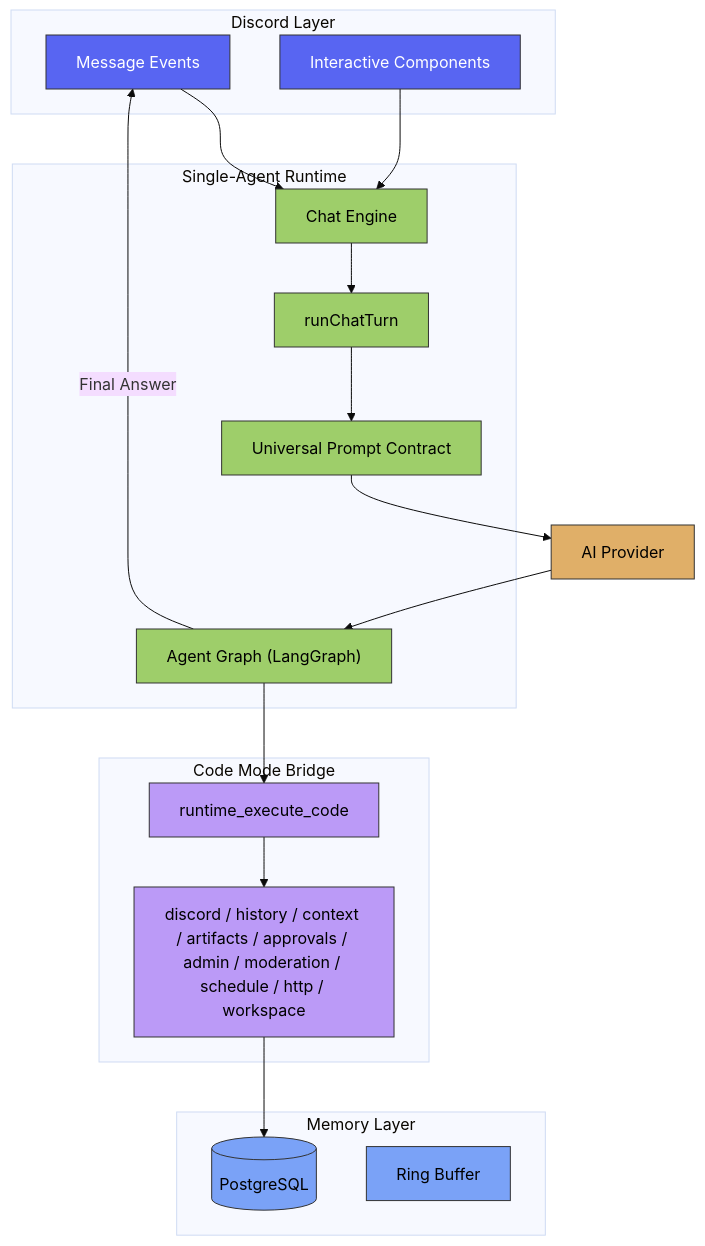
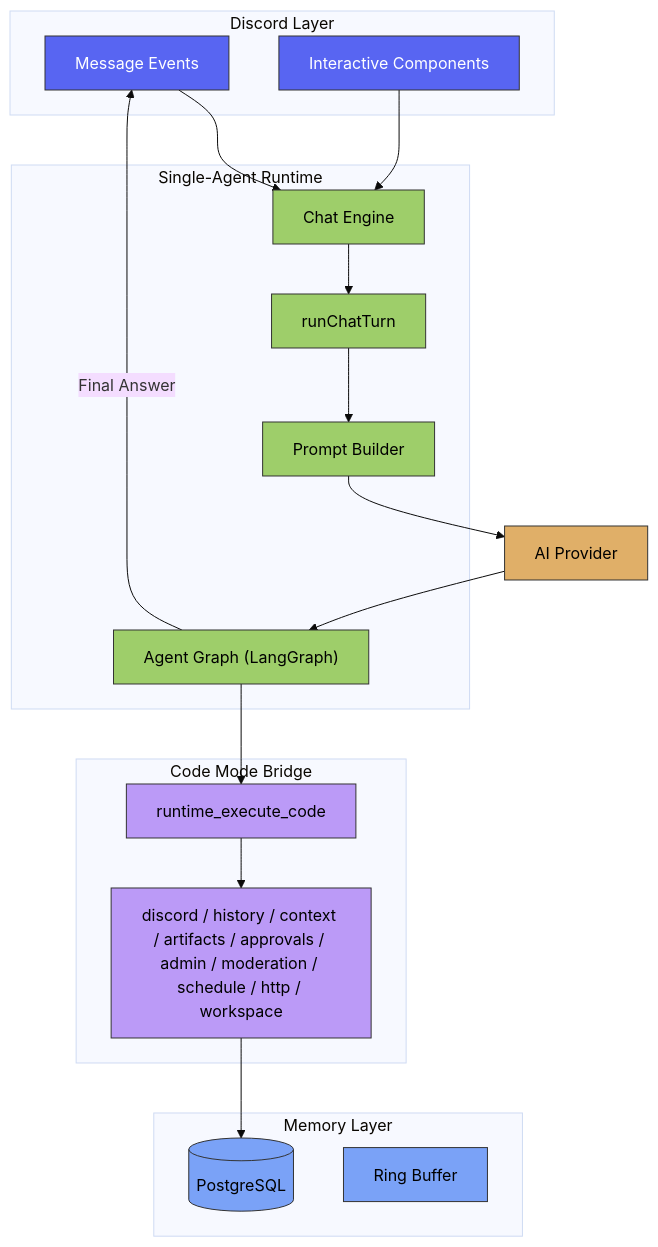
The first of 2 diagrams in docs/architecture/OVERVIEW.md (BokX1/Sage), drawn with Mermaid (base theme) before and after one commit. The commit also changed other lines of this file and 16 other files, not shown here.

Commit message:
feat: hard-cut Sage prompt architecture

````diff
--- a/docs/architecture/OVERVIEW.md
+++ b/docs/architecture/OVERVIEW.md
@@ -42,38 +42,38 @@
 ```mermaid
 flowchart TD
     classDef discord fill:#5865f2,stroke:#333,color:white
     classDef runtime fill:#9ECE6A,stroke:#333,color:black
     classDef memory fill:#7AA2F7,stroke:#333,color:black
     classDef bridge fill:#BB9AF7,stroke:#333,color:black
     classDef llm fill:#E0AF68,stroke:#333,color:black
 
     subgraph Discord["Discord Layer"]
         ME[Message Events]:::discord
         IC[Interactive Components]:::discord
     end
 
     subgraph Runtime["Single-Agent Runtime"]
         CE[Chat Engine]:::runtime
         RT[runChatTurn]:::runtime
-        PC["Universal Prompt Contract"]:::runtime
+        PC["Prompt Builder"]:::runtime
         AG["Agent Graph (LangGraph)"]:::runtime
     end
 
     subgraph Memory["Memory Layer"]
         PG[(PostgreSQL)]:::memory
         RB[Ring Buffer]:::memory
     end
 
     subgraph Bridge["Code Mode Bridge"]
         CM["runtime_execute_code"]:::bridge
         BR["discord / history / context / artifacts / approvals / admin / moderation / schedule / http / workspace"]:::bridge
     end
 
     ME --> CE --> RT
     IC --> CE
     RT --> PC --> LLM[AI Provider]:::llm
     LLM --> AG
     AG --> CM --> BR
     BR --> PG
     AG -->|"Final Answer"| ME
 ```
````
